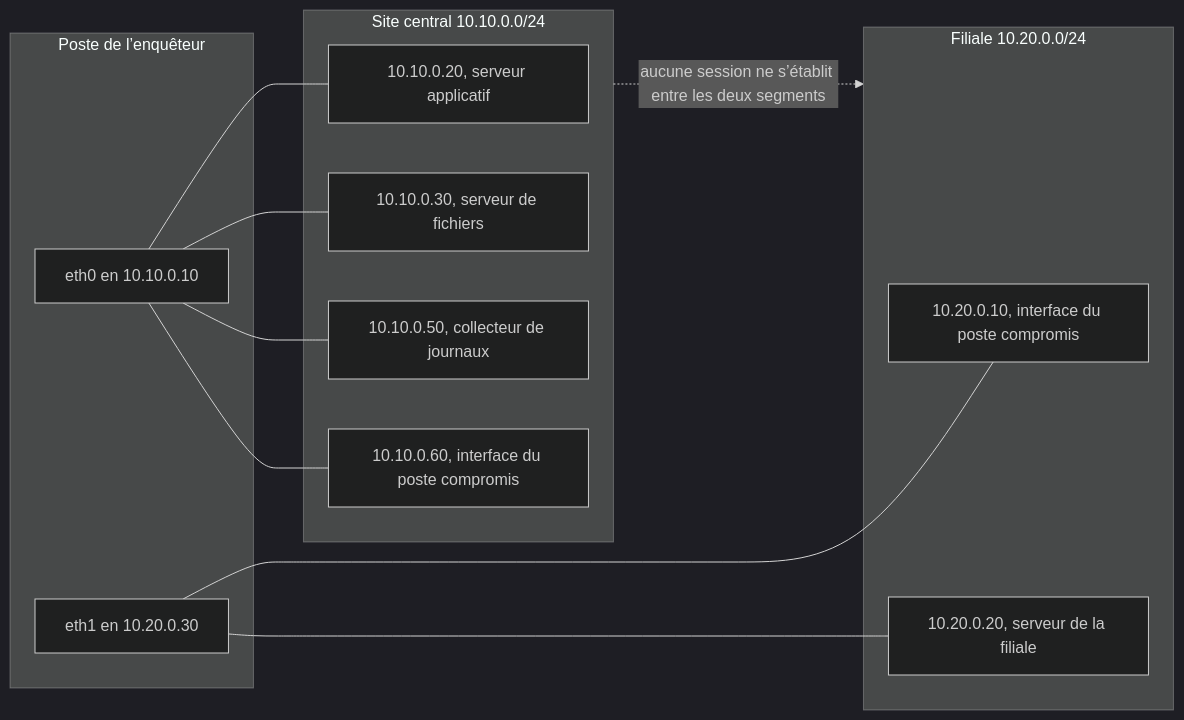
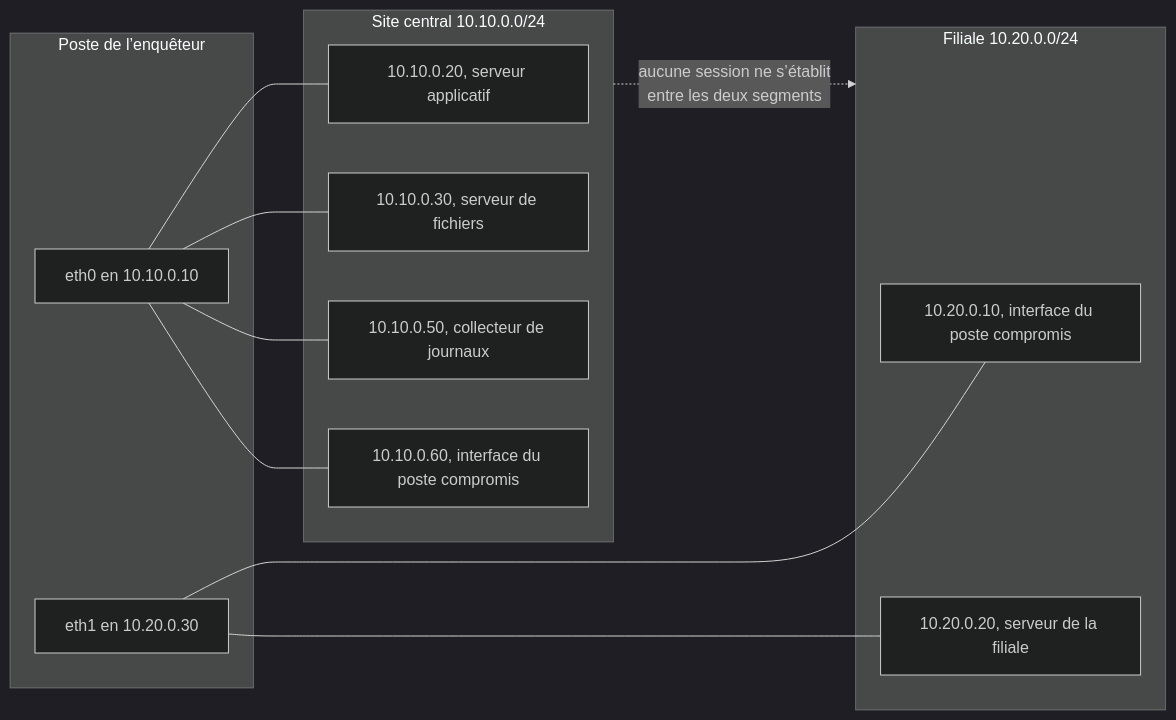
The first of 4 diagrams in jour-2.md (yugmerabtene/forensique-reseau-public), drawn with Mermaid (dark theme) before and after one commit. The commit also changed other lines of this file and 2 other files, not shown here.

Commit message:
Generation: rend les schemas lisibles et documente le demarrage du laboratoire

````diff
--- a/jour-2.md
+++ b/jour-2.md
@@ -128,24 +128,24 @@
 ```mermaid
 flowchart LR
   subgraph CENTRAL["Site central 10.10.0.0/24"]
     APP["10.10.0.20, serveur applicatif"]
     FIC["10.10.0.30, serveur de fichiers"]
     COL["10.10.0.50, collecteur de journaux"]
     CP2["10.10.0.60, interface du poste compromis"]
   end
   subgraph ENQ["Poste de l’enquêteur"]
     E0["eth0 en 10.10.0.10"]
     E1["eth1 en 10.20.0.30"]
   end
   subgraph FILIALE["Filiale 10.20.0.0/24"]
     CP1["10.20.0.10, interface du poste compromis"]
     SFR["10.20.0.20, serveur de la filiale"]
   end
   E0 --- APP
   E0 --- FIC
   E0 --- COL
   E0 --- CP2
   E1 --- CP1
   E1 --- SFR
-  CENTRAL -.->|"aucune session ne s’établit entre les deux segments"| FILIALE
+  CENTRAL -.->|"aucune session ne s’établit<br/>entre les deux segments"| FILIALE
 ```
````
